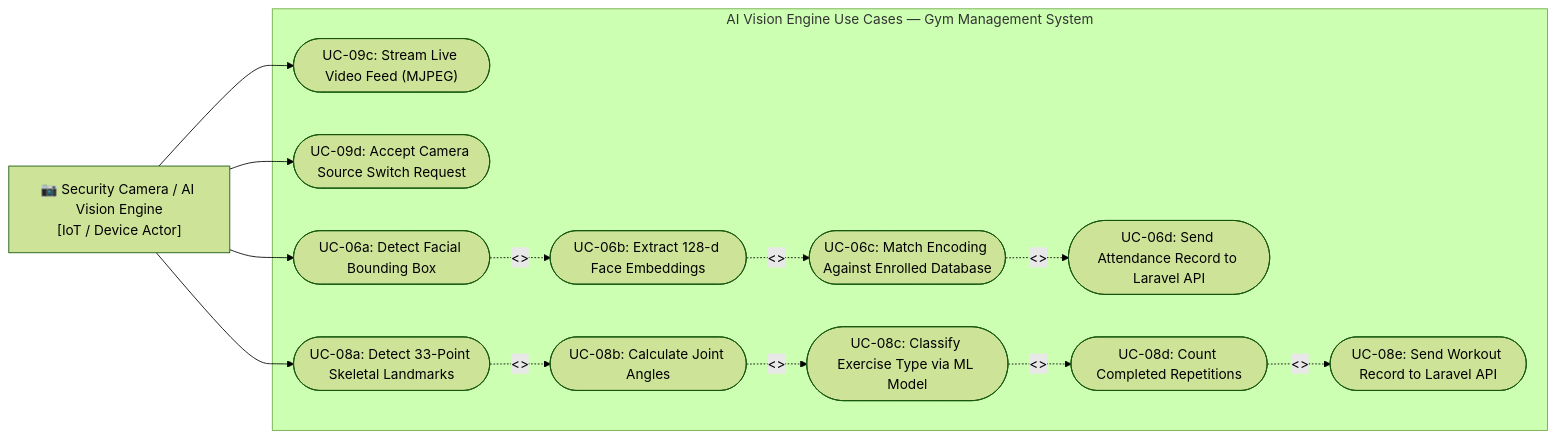
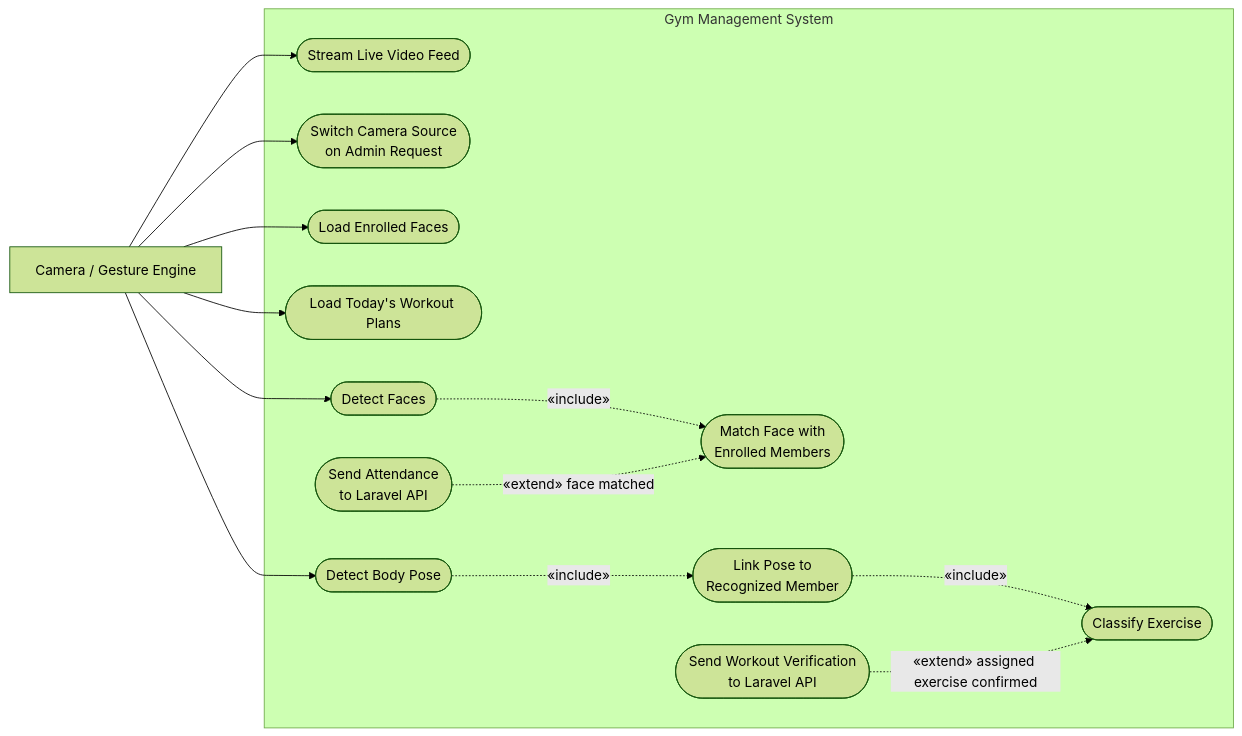
One commit to Plonteras191/GYM2-CAPSTONE changed the third of 4 diagrams in DOCUMENTATION/USECASE DIAGRAM/usecase.md. Above: the diagram before and after it, drawn with Mermaid (forest theme). The commit also changed other lines of this file and 10 other files, not shown here.

First line of the commit message:
Update outdated diagrams in the documentation to match the system

````diff
--- a/DOCUMENTATION/USECASE DIAGRAM/usecase.md
+++ b/DOCUMENTATION/USECASE DIAGRAM/usecase.md
@@ -433,35 +368,33 @@
 ```mermaid
 flowchart LR
-    Camera["📷 Security Camera / AI Vision Engine\n[IoT / Device Actor]"]
+    Camera["Camera / Gesture Engine"]
 
-    subgraph CameraBoundary ["AI Vision Engine Use Cases — Gym Management System"]
+    subgraph Boundary ["Gym Management System"]
+        Stream(["Stream Live Video Feed"])
+        SwitchSrc(["Switch Camera Source<br/>on Admin Request"])
+        LoadFaces(["Load Enrolled Faces"])
+        LoadPlans(["Load Today's Workout Plans"])
 
-        C_StreamFeed(["UC-09c: Stream Live Video Feed (MJPEG)"])
-        C_SwitchSrc(["UC-09d: Accept Camera Source Switch Request"])
+        Detect(["Detect Faces"])
+        Match(["Match Face with<br/>Enrolled Members"])
+        Att(["Send Attendance<br/>to Laravel API"])
 
-        C_DetectFace(["UC-06a: Detect Facial Bounding Box"])
-        C_ExtractEnc(["UC-06b: Extract 128-d Face Embeddings"])
-        C_MatchEnc(["UC-06c: Match Encoding Against Enrolled Database"])
-        C_LogAtt(["UC-06d: Send Attendance Record to Laravel API"])
+        Pose(["Detect Body Pose"])
+        Link(["Link Pose to<br/>Recognized Member"])
+        Classify(["Classify Exercise"])
+        Verify(["Send Workout Verification<br/>to Laravel API"])
 
-        C_DetectPose(["UC-08a: Detect 33-Point Skeletal Landmarks"])
-        C_CalcAngle(["UC-08b: Calculate Joint Angles"])
-        C_ClassifyEx(["UC-08c: Classify Exercise Type via ML Model"])
-        C_CountReps(["UC-08d: Count Completed Repetitions"])
-        C_LogWorkout(["UC-08e: Send Workout Record to Laravel API"])
-
-        C_DetectFace -.->|"<<include>>"| C_ExtractEnc
-        C_ExtractEnc -.->|"<<include>>"| C_MatchEnc
-        C_MatchEnc -.->|"<<include>>"| C_LogAtt
-
-        C_DetectPose -.->|"<<include>>"| C_CalcAngle
-        C_CalcAngle -.->|"<<include>>"| C_ClassifyEx
-        C_ClassifyEx -.->|"<<include>>"| C_CountReps
-        C_CountReps -.->|"<<include>>"| C_LogWorkout
+        Detect -.->|"«include»"| Match
+        Att -.->|"«extend» face matched"| Match
+        Pose -.->|"«include»"| Link
+        Link -.->|"«include»"| Classify
+        Verify -.->|"«extend» assigned exercise confirmed"| Classify
     end
 
-    Camera --> C_StreamFeed
-    Camera --> C_SwitchSrc
-    Camera --> C_DetectFace
-    Camera --> C_DetectPose
+    Camera --> Stream
+    Camera --> SwitchSrc
+    Camera --> LoadFaces
+    Camera --> LoadPlans
+    Camera --> Detect
+    Camera --> Pose
 ```
````
